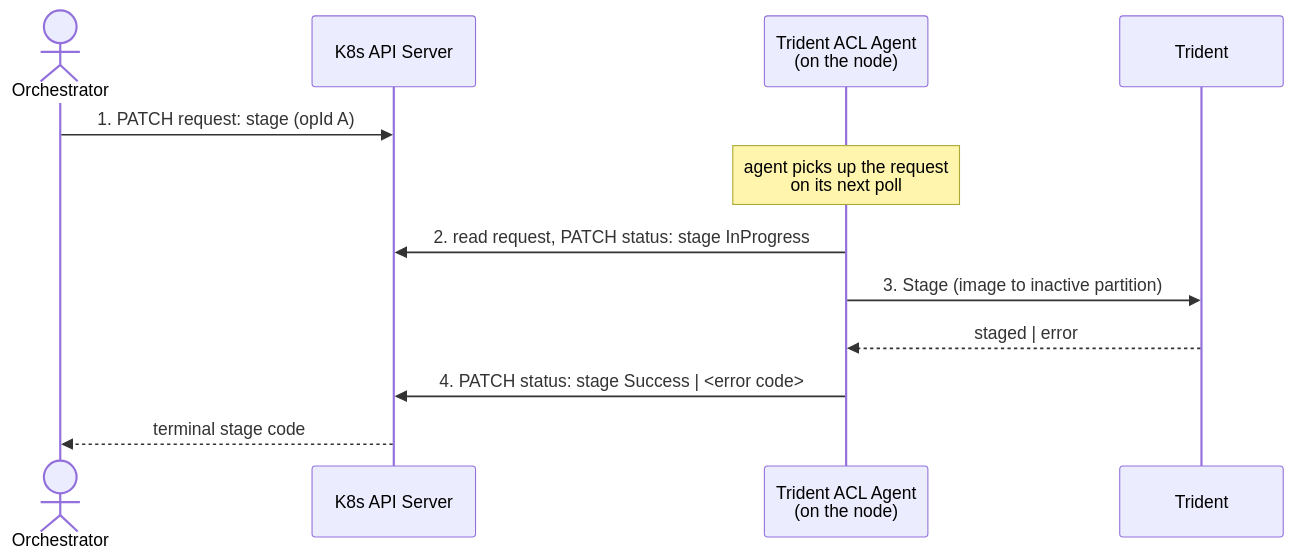
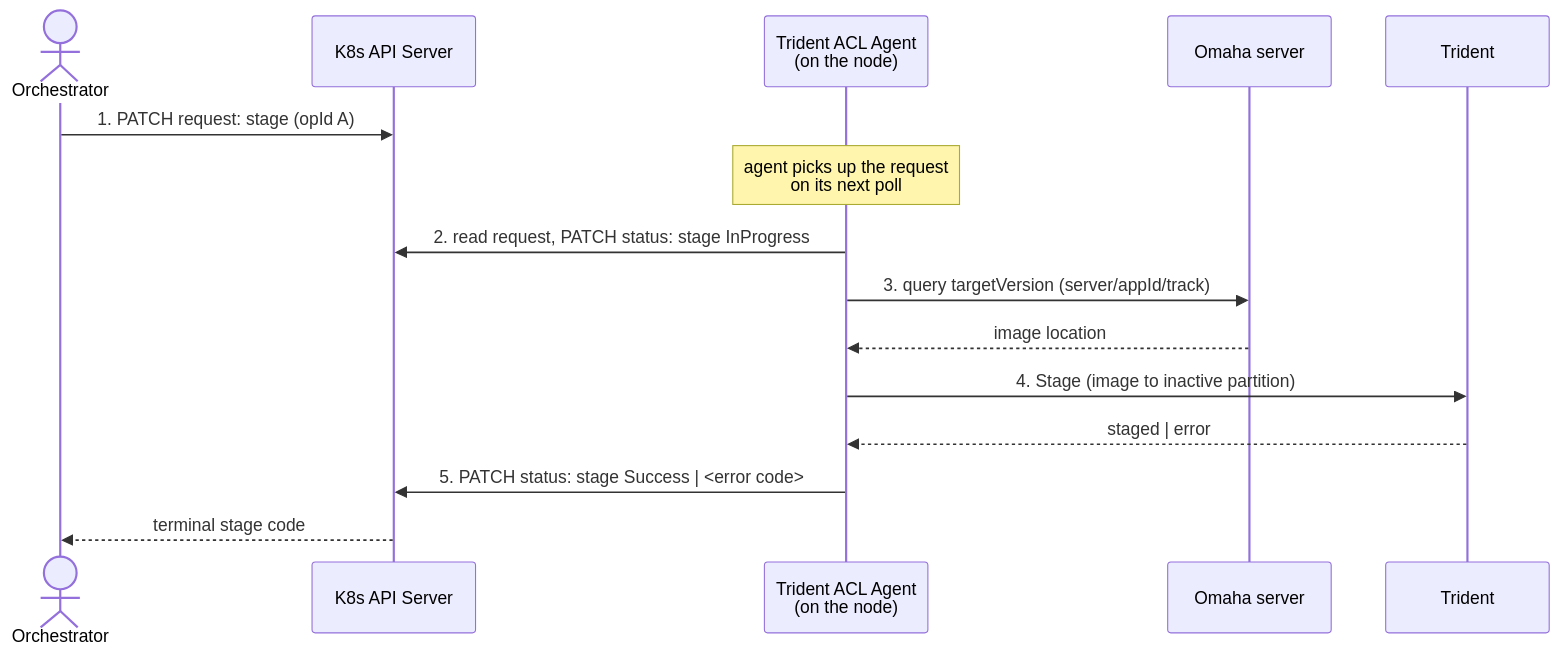
Before and after one commit to microsoft/trident: the first of 2 diagrams in docs/Explanation/Trident-ACL-Agent.md, drawn with Mermaid. The commit also changed other lines of this file, not shown here.

First line of the commit message:
docs: clarify stage queries Nebraska for the image; trim AKS wording

````diff
--- a/docs/Explanation/Trident-ACL-Agent.md
+++ b/docs/Explanation/Trident-ACL-Agent.md
@@ -93,15 +93,18 @@
 ```mermaid
 sequenceDiagram
     actor Orchestrator
     participant API as K8s API Server
     participant Agent as Trident ACL Agent<br/>(on the node)
+    participant Nebraska as Omaha server
     participant Trident
 
     Orchestrator->>API: 1. PATCH request: stage (opId A)
     Note over Agent: agent picks up the request<br/>on its next poll
     Agent->>API: 2. read request, PATCH status: stage InProgress
-    Agent->>Trident: 3. Stage (image to inactive partition)
+    Agent->>Nebraska: 3. query targetVersion (server/appId/track)
+    Nebraska-->>Agent: image location
+    Agent->>Trident: 4. Stage (image to inactive partition)
     Trident-->>Agent: staged | error
-    Agent->>API: 4. PATCH status: stage Success | <error code>
+    Agent->>API: 5. PATCH status: stage Success | <error code>
     API-->>Orchestrator: terminal stage code
 ```
````
